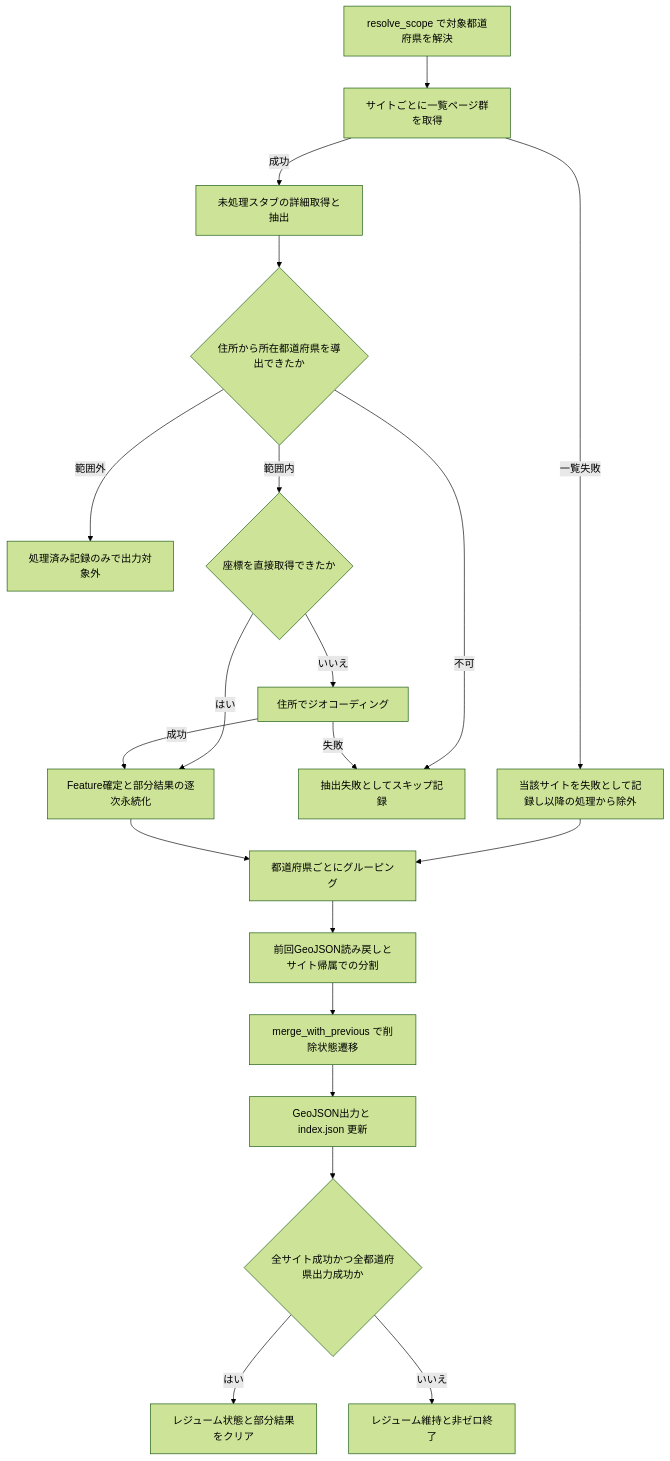
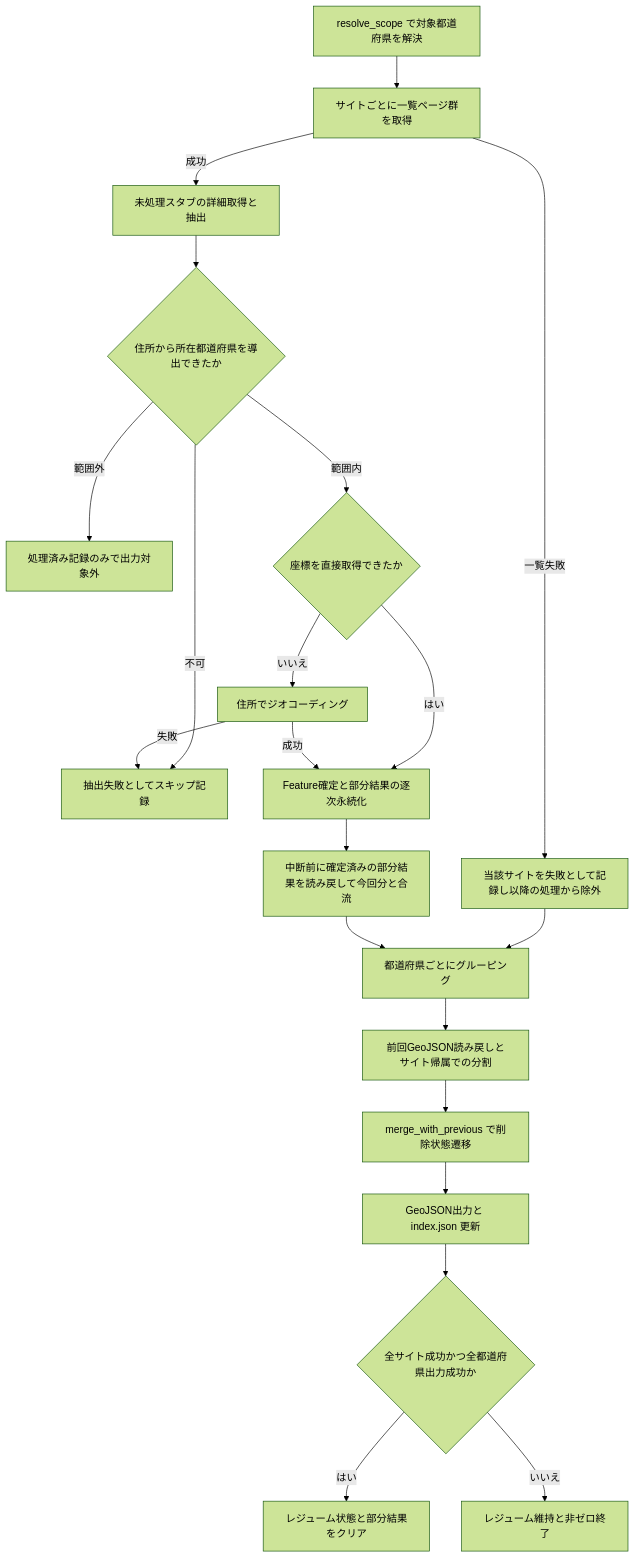
One commit to t-totsuka/roadstop-scraper changed the second of 2 diagrams in .kiro/specs/06-sapa-scraping/design.md. Above: the diagram before and after it, drawn with Mermaid (forest theme). The commit also changed other lines of this file and 6 other files, not shown here.

````diff
--- a/.kiro/specs/06-sapa-scraping/design.md
+++ b/.kiro/specs/06-sapa-scraping/design.md
@@ -165,22 +165,23 @@
 ```mermaid
 flowchart TB
     A[resolve_scope で対象都道府県を解決] --> B[サイトごとに一覧ページ群を取得]
     B -->|一覧失敗| C[当該サイトを失敗として記録し以降の処理から除外]
     B -->|成功| D[未処理スタブの詳細取得と抽出]
     C --> K
     D --> E{住所から所在都道府県を導出できたか}
     E -->|不可| F[抽出失敗としてスキップ記録]
     E -->|範囲外| G[処理済み記録のみで出力対象外]
     E -->|範囲内| H{座標を直接取得できたか}
     H -->|はい| J[Feature確定と部分結果の逐次永続化]
     H -->|いいえ| I[住所でジオコーディング]
     I -->|成功| J
     I -->|失敗| F
-    J --> K[都道府県ごとにグルーピング]
+    J --> J2[中断前に確定済みの部分結果を読み戻して今回分と合流]
+    J2 --> K[都道府県ごとにグルーピング]
     K --> L[前回GeoJSON読み戻しとサイト帰属での分割]
     L --> M[merge_with_previous で削除状態遷移]
     M --> N[GeoJSON出力と index.json 更新]
     N --> O{全サイト成功かつ全都道府県出力成功か}
     O -->|はい| P[レジューム状態と部分結果をクリア]
     O -->|いいえ| Q[レジューム維持と非ゼロ終了]
 ```
````
